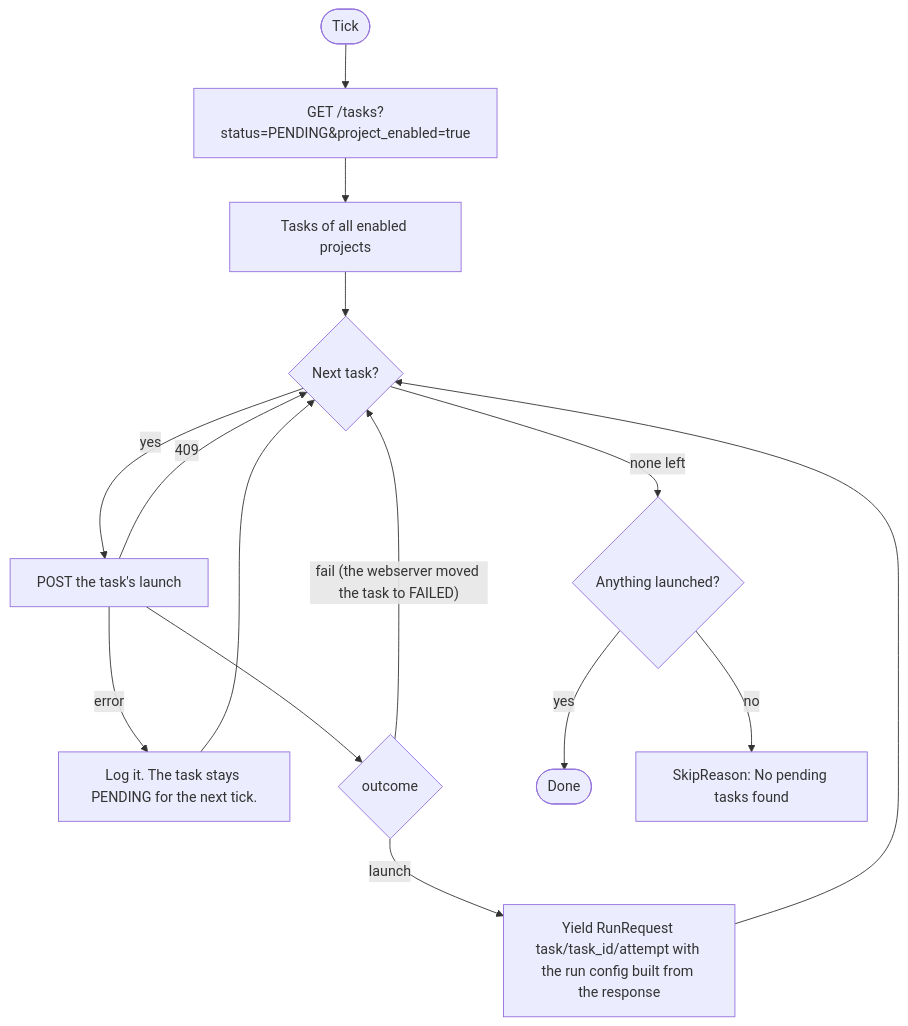
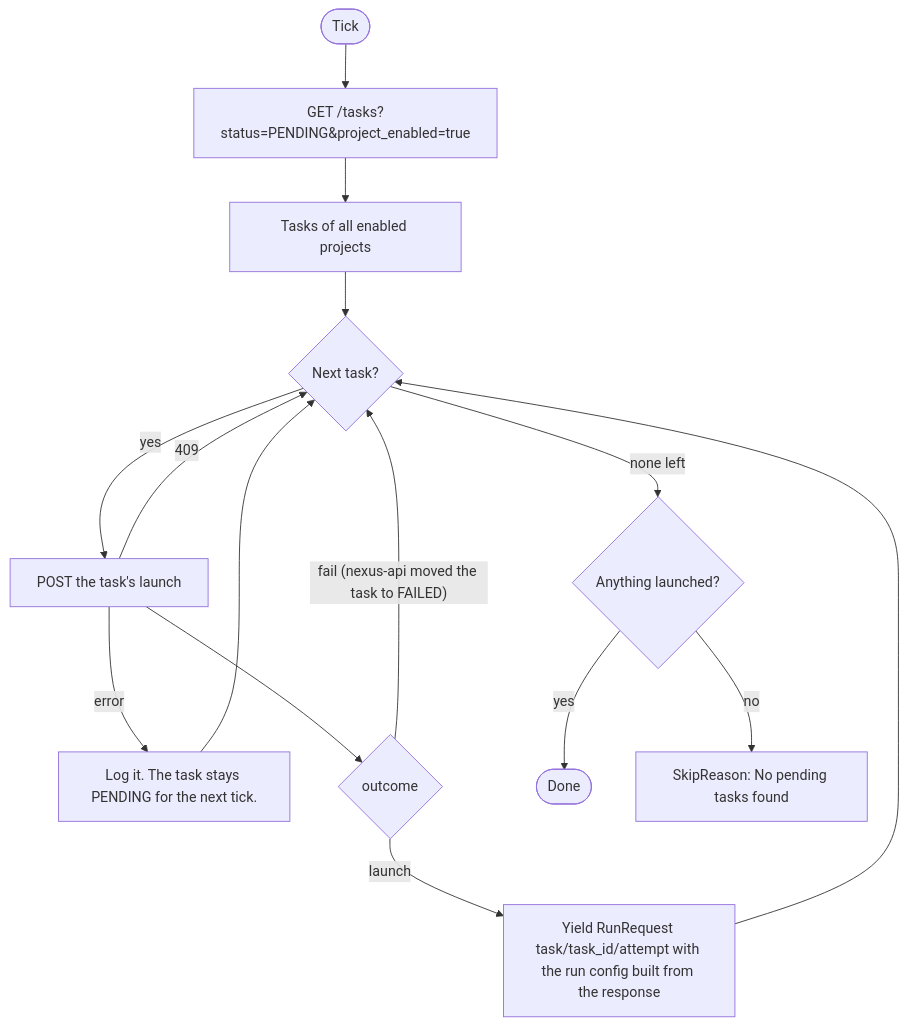
The diagram in docs/architecture/sensors/task-launcher.md (Aridhia-Open-Source/PHEMS_federated_node), drawn with Mermaid before and after one commit. The commit also changed other lines of this file and 51 other files, not shown here.

Commit message:
Docs: ADR 0023 FastAPI replaces Flask; ADR 0021 renamed; nexus-api throughout

````diff
--- a/docs/architecture/sensors/task-launcher.md
+++ b/docs/architecture/sensors/task-launcher.md
@@ -26,17 +26,17 @@
 ```mermaid
 flowchart TD
     A([Tick]) --> B["GET /tasks?status=PENDING&project_enabled=true"]
     B --> C["Tasks of all enabled projects"]
     C --> D{"Next task?"}
     D -->|"none left"| Z{"Anything launched?"}
     D -->|yes| E["POST the task's launch"]
     E -->|error| ERR["Log it. The task stays PENDING for the next tick."]
     ERR --> D
     E -->|409| D
     E --> F{"outcome"}
-    F -->|"fail (the webserver moved the task to FAILED)"| D
+    F -->|"fail (nexus-api moved the task to FAILED)"| D
     F -->|launch| L["Yield RunRequest task/task_id/attempt with the run config built from the response"]
     L --> D
     Z -->|yes| Y([Done])
     Z -->|no| X["SkipReason: No pending tasks found"]
 ```
````
